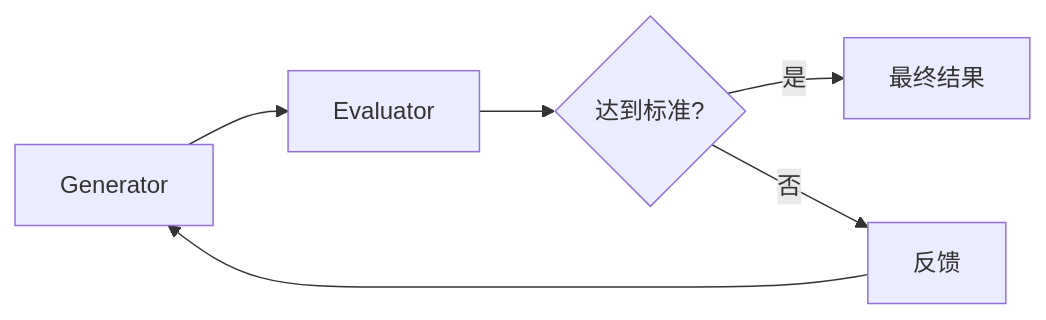
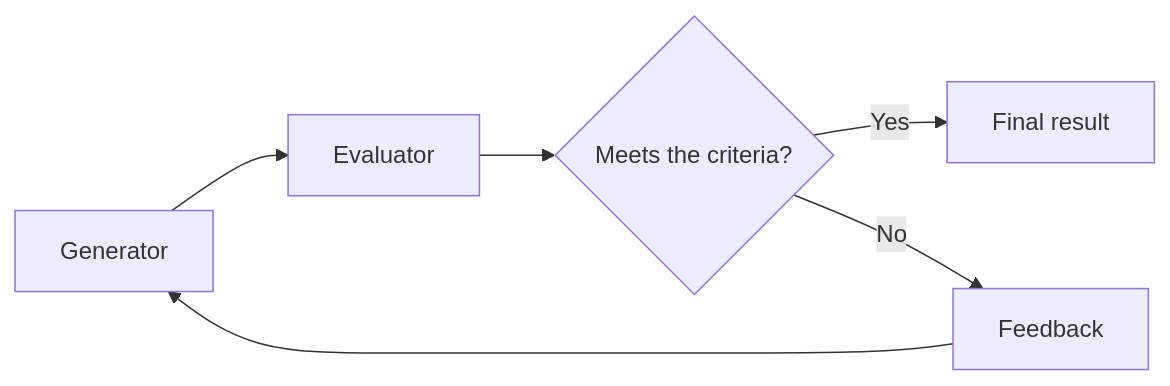
One commit to oneleaveknowsthefall/awesome-ai-roadmap changed diagram 13 of 15 in docs/agent/01-foundations/03-agentic-building-blocks.md. Above: the diagram before and after it, drawn with Mermaid. The commit also changed other lines of this file and 68 other files, not shown here.

````diff
--- a/docs/agent/01-foundations/03-agentic-building-blocks.md
+++ b/docs/agent/01-foundations/03-agentic-building-blocks.md
@@ -647,8 +651,8 @@
 ```mermaid
 flowchart LR
     G[Generator] --> E[Evaluator]
-    E --> D{达到标准?}
-    D -->|是| OUT[最终结果]
-    D -->|否| FB[反馈]
+    E --> D{Meets the criteria?}
+    D -->|Yes| OUT[Final result]
+    D -->|No| FB[Feedback]
     FB --> G
 ```
````
